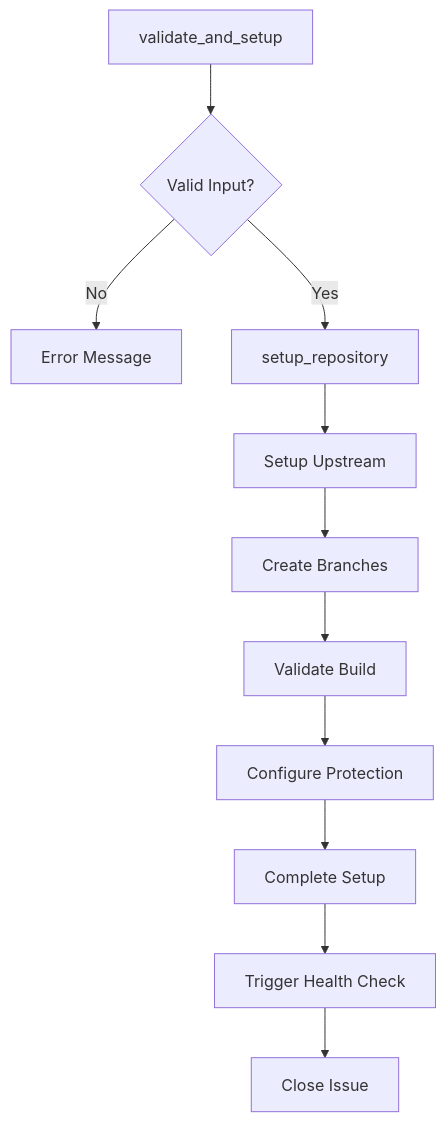
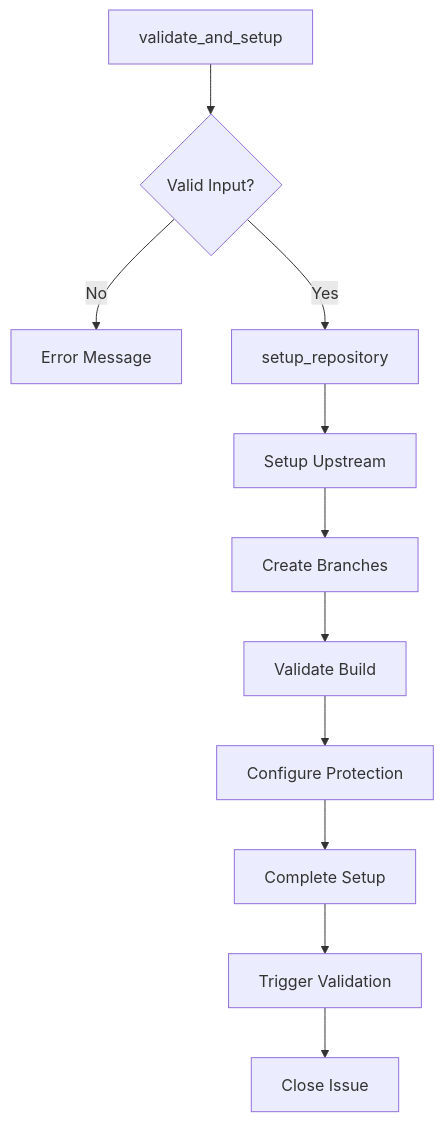
One commit to danielscholl-osdu/osdu-fork-template changed the second of 3 diagrams in doc/init-workflow.md. Above: the diagram before and after it, drawn with Mermaid. The commit also changed other lines of this file and 3 other files, not shown here.

````diff
--- a/doc/init-workflow.md
+++ b/doc/init-workflow.md
@@ -108,13 +108,13 @@
 ```mermaid
 flowchart TD
     A[validate_and_setup] --> B{Valid Input?}
     B -->|No| C[Error Message]
     B -->|Yes| D[setup_repository]
     D --> E[Setup Upstream]
     E --> F[Create Branches]
     F --> G[Validate Build]
     G --> H[Configure Protection]
     H --> I[Complete Setup]
-    I --> J[Trigger Health Check]
+    I --> J[Trigger Validation]
     J --> K[Close Issue]
 ```
````
